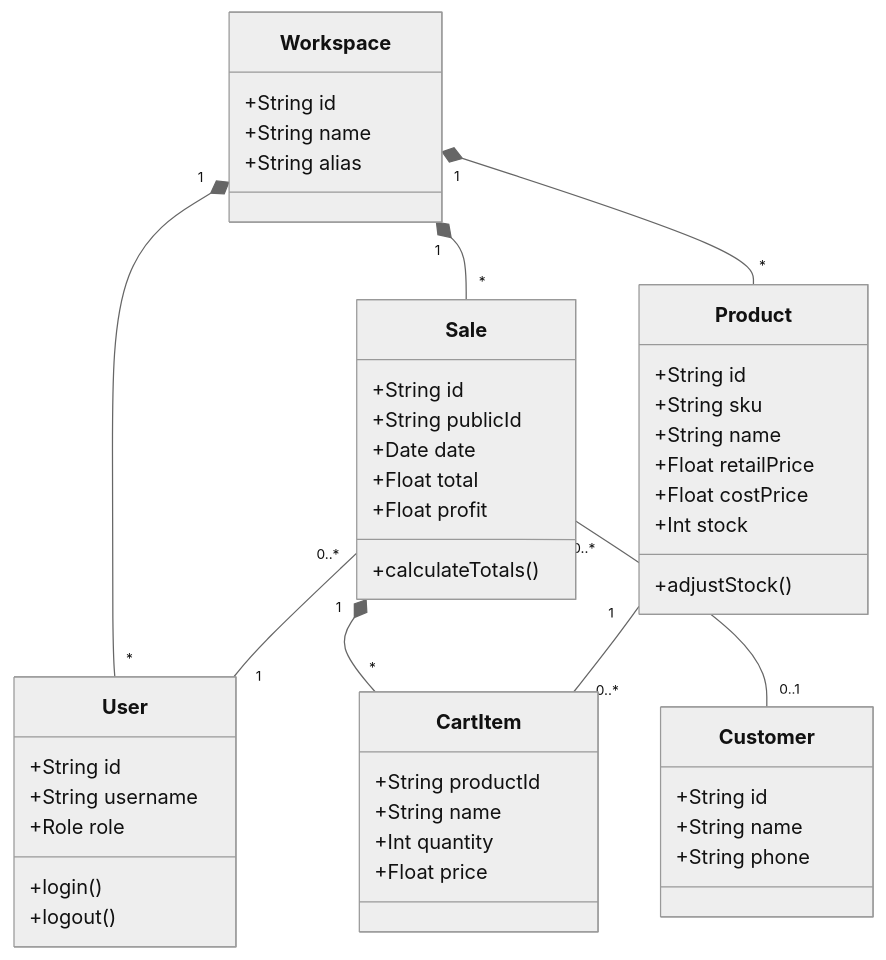
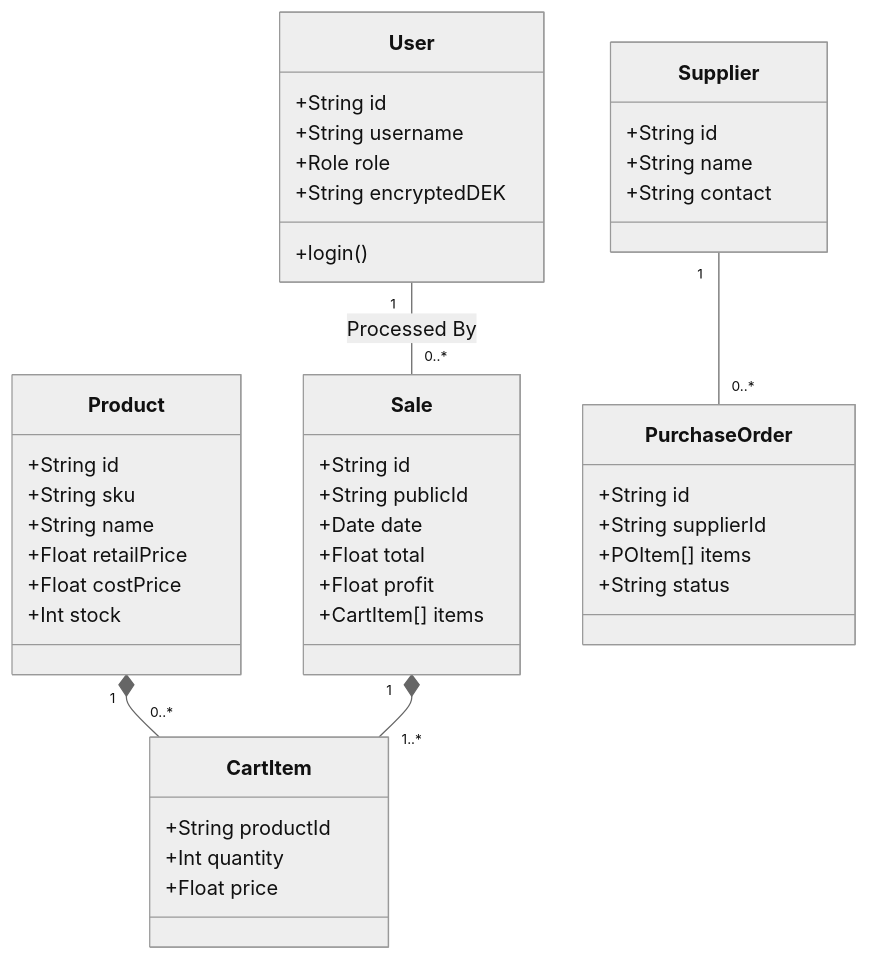
The fourth of 12 diagrams in README.md (Azeem-Mughal-Code/IMS-AND-POS), drawn with Mermaid (neutral theme) before and after one commit. The commit also changed other lines of this file, not shown here.

````diff
--- a/README.md
+++ b/README.md
@@ -156,56 +316,52 @@
 ```mermaid
 classDiagram
     class User {
         +String id
         +String username
         +Role role
+        +String encryptedDEK
         +login()
-        +logout()
-    }
-
-    class Workspace {
-        +String id
-        +String name
-        +String alias
     }
 
     class Product {
         +String id
         +String sku
         +String name
         +Float retailPrice
         +Float costPrice
         +Int stock
-        +adjustStock()
     }
 
     class Sale {
         +String id
         +String publicId
         +Date date
         +Float total
         +Float profit
-        +calculateTotals()
+        +CartItem[] items
     }
 
     class CartItem {
         +String productId
-        +String name
         +Int quantity
         +Float price
     }
 
-    class Customer {
+    class Supplier {
         +String id
         +String name
-        +String phone
+        +String contact
     }
 
-    Workspace "1" *-- "*" User
-    Workspace "1" *-- "*" Product
-    Workspace "1" *-- "*" Sale
-    Sale "1" *-- "*" CartItem
-    Product "1" -- "0..*" CartItem
-    Sale "0..*" -- "0..1" Customer
-    Sale "0..*" -- "1" User
+    class PurchaseOrder {
+        +String id
+        +String supplierId
+        +POItem[] items
+        +String status
+    }
+
+    Product "1" *-- "0..*" CartItem
+    Sale "1" *-- "1..*" CartItem
+    Supplier "1" -- "0..*" PurchaseOrder
+    User "1" -- "0..*" Sale : Processed By
 ```
````
